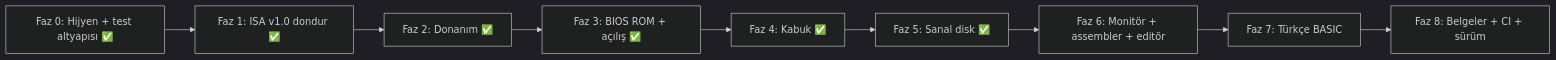
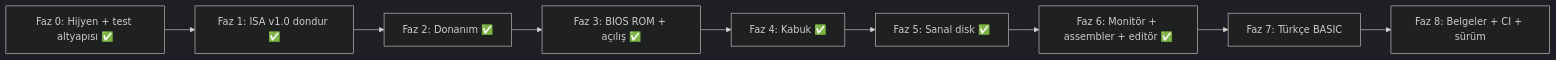
Before and after one commit to Yukselcsgn/TURK-8: the diagram in implementation_plan.md, drawn with Mermaid (dark theme). The commit also changed other lines of this file and 3 other files, not shown here.

````diff
--- a/implementation_plan.md
+++ b/implementation_plan.md
@@ -8,11 +8,11 @@
 ```mermaid
 flowchart LR
     F0["Faz 0: Hijyen + test altyapısı ✅"] --> F1["Faz 1: ISA v1.0 dondur ✅"]
     F1 --> F2["Faz 2: Donanım ✅"]
     F2 --> F3["Faz 3: BIOS ROM + açılış ✅"]
     F3 --> F4["Faz 4: Kabuk ✅"]
     F4 --> F5["Faz 5: Sanal disk ✅"]
-    F5 --> F6["Faz 6: Monitör + assembler + editör"]
+    F5 --> F6["Faz 6: Monitör + assembler + editör ✅"]
     F6 --> F7["Faz 7: Türkçe BASIC"]
     F7 --> F8["Faz 8: Belgeler + CI + sürüm"]
 ```
````
